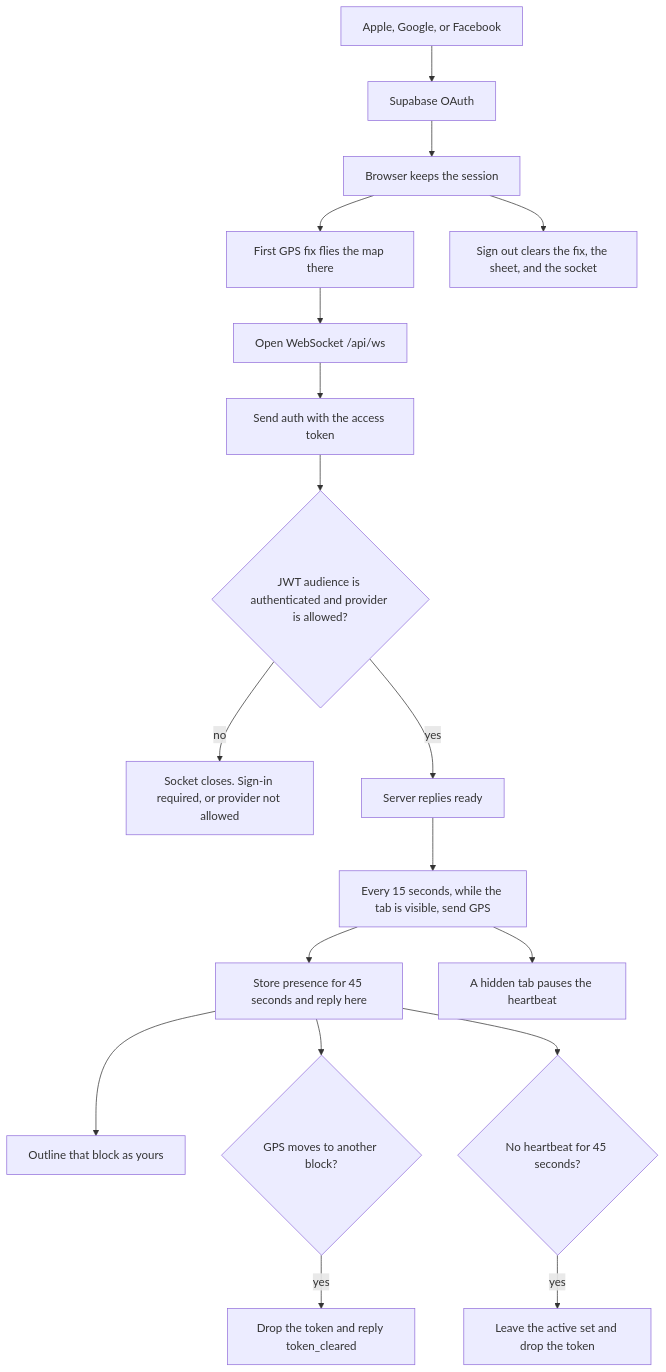
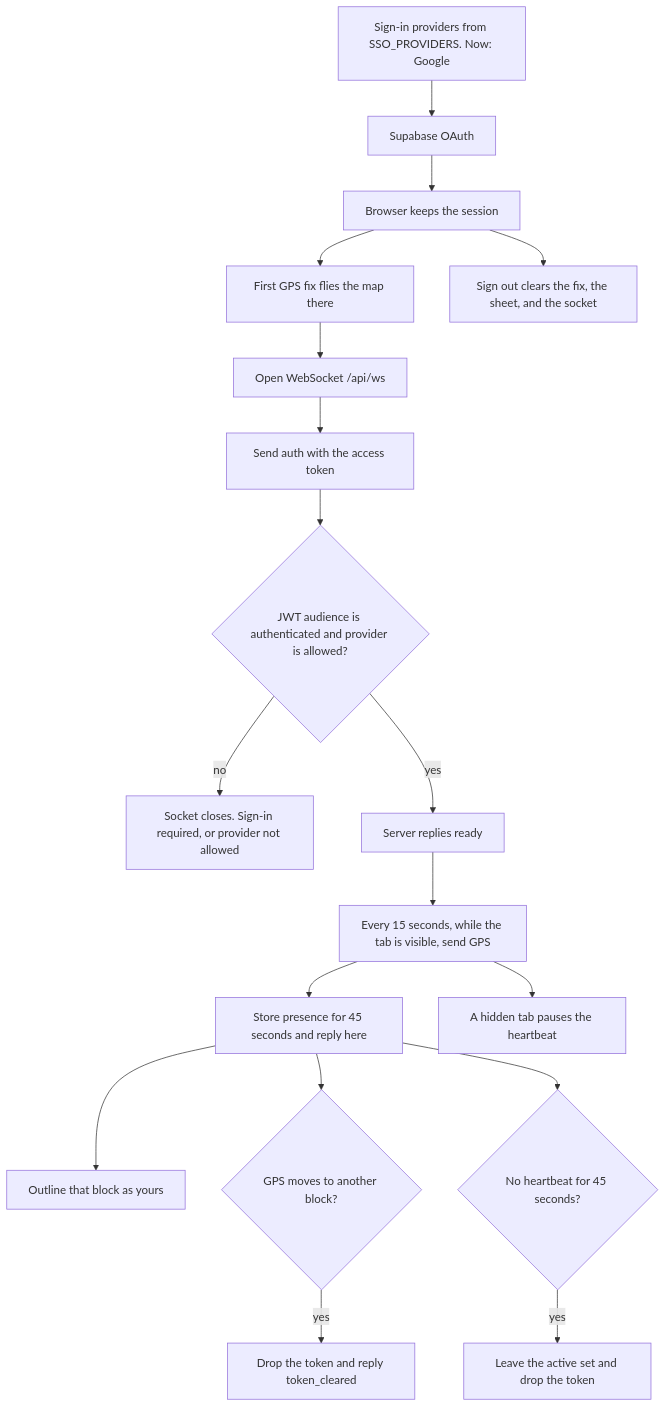
The third of 5 diagrams in README.md (iravan/dao-ci-yi-you), drawn with Mermaid before and after one commit. The commit also changed 7 other files, not shown here.

Commit message:
Offer only the sign-in providers named in the environment, starting with Google.

````diff
--- a/README.md
+++ b/README.md
@@ -86,20 +86,20 @@
 ```mermaid
 flowchart TD
-  Providers[Apple, Google, or Facebook] --> OAuth[Supabase OAuth]
+  Providers["Sign-in providers from SSO_PROVIDERS. Now: Google"] --> OAuth[Supabase OAuth]
   OAuth --> Session[Browser keeps the session]
   Session --> Fly[First GPS fix flies the map there]
   Fly --> Socket[Open WebSocket /api/ws]
   Socket --> AuthMsg["Send auth with the access token"]
   AuthMsg --> Check{JWT audience is authenticated and provider is allowed?}
   Check -->|no| Reject[Socket closes. Sign-in required, or provider not allowed]
   Check -->|yes| Ready[Server replies ready]
   Ready --> Beat[Every 15 seconds, while the tab is visible, send GPS]
   Beat --> Presence["Store presence for 45 seconds and reply here"]
   Presence --> Outline[Outline that block as yours]
   Beat --> Hidden[A hidden tab pauses the heartbeat]
   Presence --> Drift{GPS moves to another block?}
   Drift -->|yes| ClearHeld[Drop the token and reply token_cleared]
   Presence --> Stale{No heartbeat for 45 seconds?}
   Stale -->|yes| Drop[Leave the active set and drop the token]
   Session --> Out[Sign out clears the fix, the sheet, and the socket]
 ```
````
